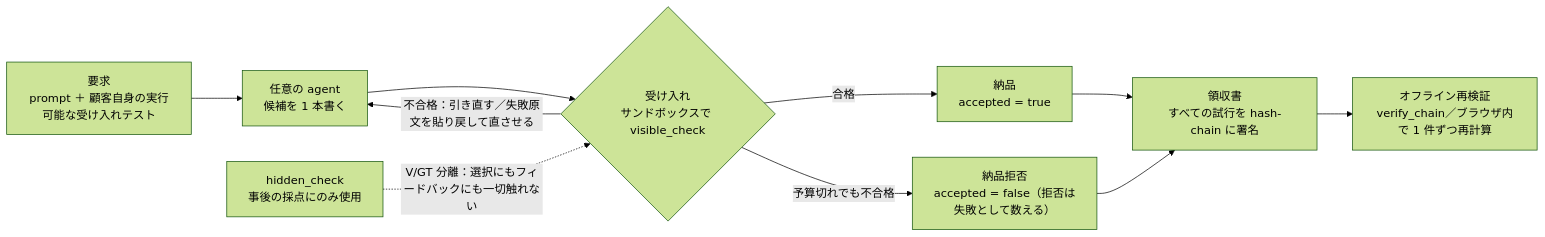
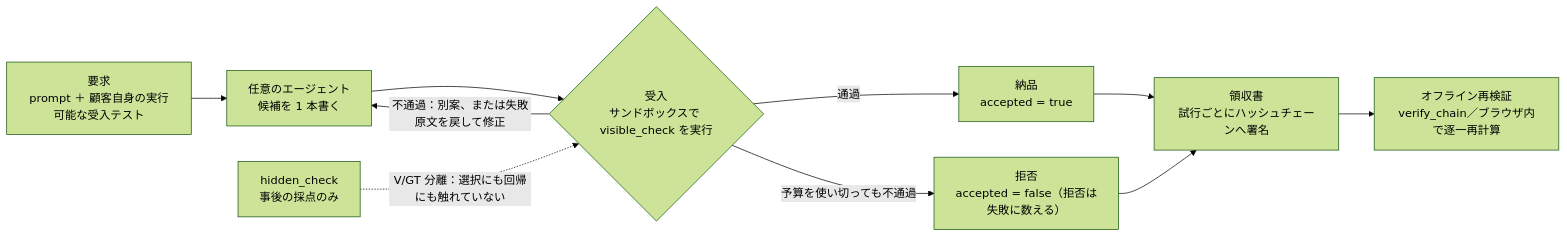
Before and after one commit to cosmopig/Vacant: the diagram in README.ja.md, drawn with Mermaid (forest theme). The commit also changed other lines of this file and 9 other files, not shown here.

````diff
--- a/README.ja.md
+++ b/README.ja.md
@@ -56,12 +117,12 @@
 ```mermaid
 flowchart LR
-  A["要求<br/>prompt ＋ 顧客自身の実行可能な受け入れテスト"] --> B["任意の agent<br/>候補を 1 本書く"]
-  B --> C{"受け入れ<br/>サンドボックスで visible_check"}
-  C -- "合格" --> D["納品<br/>accepted = true"]
-  C -- "不合格：引き直す／失敗原文を貼り戻して直させる" --> B
-  C -- "予算切れでも不合格" --> E["納品拒否<br/>accepted = false（拒否は失敗として数える）"]
-  D --> F["領収書<br/>すべての試行を hash-chain に署名"]
+  A["要求<br/>prompt ＋ 顧客自身の実行可能な受入テスト"] --> B["任意のエージェント<br/>候補を 1 本書く"]
+  B --> C{"受入<br/>サンドボックスで visible_check を実行"}
+  C -- "通過" --> D["納品<br/>accepted = true"]
+  C -- "不通過：別案、または失敗原文を戻して修正" --> B
+  C -- "予算を使い切っても不通過" --> E["拒否<br/>accepted = false（拒否は失敗に数える）"]
+  D --> F["領収書<br/>試行ごとにハッシュチェーンへ署名"]
   E --> F
-  F --> G["オフライン再検証<br/>verify_chain／ブラウザ内で 1 件ずつ再計算"]
-  H["hidden_check<br/>事後の採点にのみ使用"] -. "V/GT 分離：選択にもフィードバックにも一切触れない" .-> C
+  F --> G["オフライン再検証<br/>verify_chain／ブラウザ内で逐一再計算"]
+  H["hidden_check<br/>事後の採点のみ"] -. "V/GT 分離：選択にも回帰にも触れていない" .-> C
 ```
````
